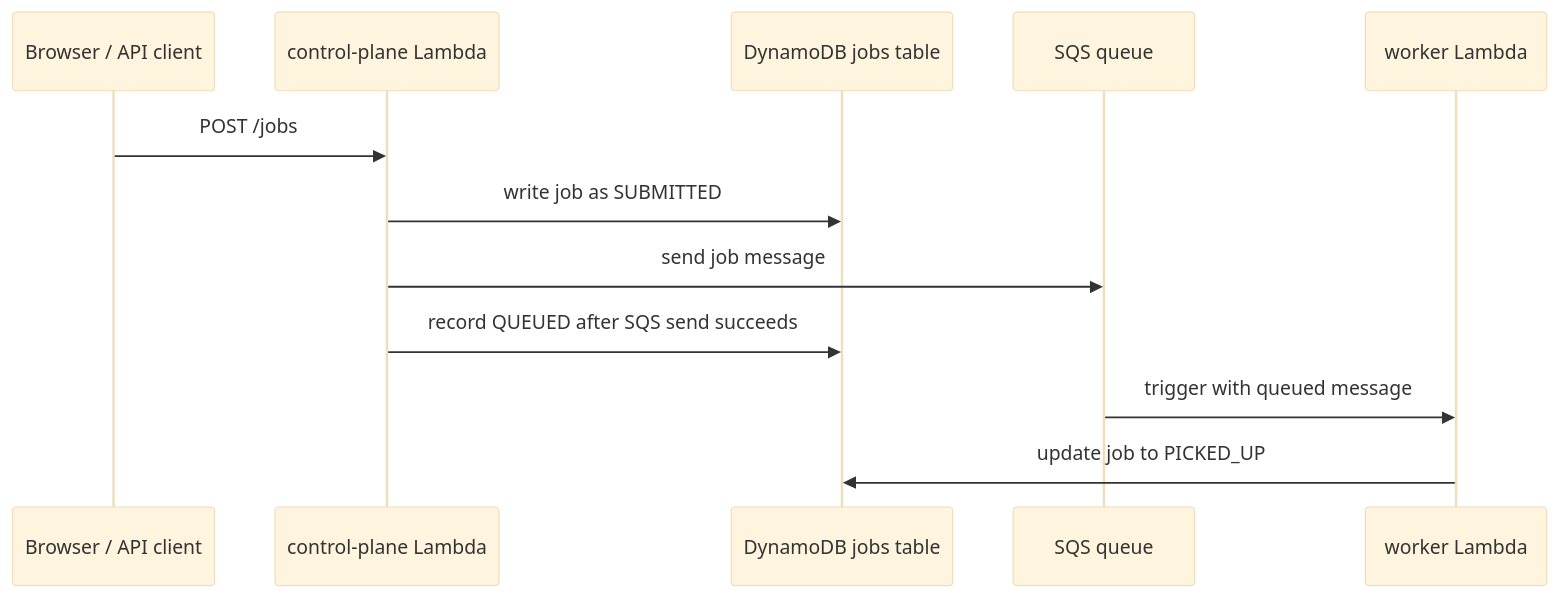
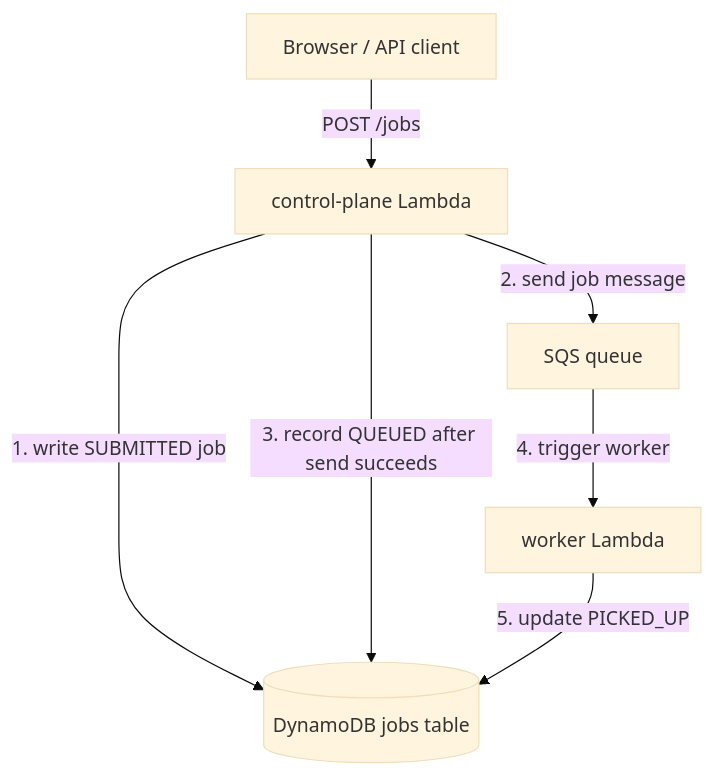
Before and after one commit to abhiverma31/factory-control-plane: the diagram in README.md, drawn with Mermaid (base theme).

Commit message:
Use top-down README flow diagram

````diff
--- a/README.md
+++ b/README.md
@@ -25,15 +25,15 @@
 ```mermaid
-sequenceDiagram
-    participant Client as Browser / API client
-    participant Control as control-plane Lambda
-    participant DB as DynamoDB jobs table
-    participant Queue as SQS queue
-    participant Worker as worker Lambda
+flowchart TD
+    client[Browser / API client]
+    control[control-plane Lambda]
+    db[(DynamoDB jobs table)]
+    queue[SQS queue]
+    worker[worker Lambda]
 
-    Client->>Control: POST /jobs
-    Control->>DB: write job as SUBMITTED
-    Control->>Queue: send job message
-    Control->>DB: record QUEUED after SQS send succeeds
-    Queue->>Worker: trigger with queued message
-    Worker->>DB: update job to PICKED_UP
+    client -->|POST /jobs| control
+    control -->|1. write SUBMITTED job| db
+    control -->|2. send job message| queue
+    control -->|3. record QUEUED after send succeeds| db
+    queue -->|4. trigger worker| worker
+    worker -->|5. update PICKED_UP| db
 ```
````
